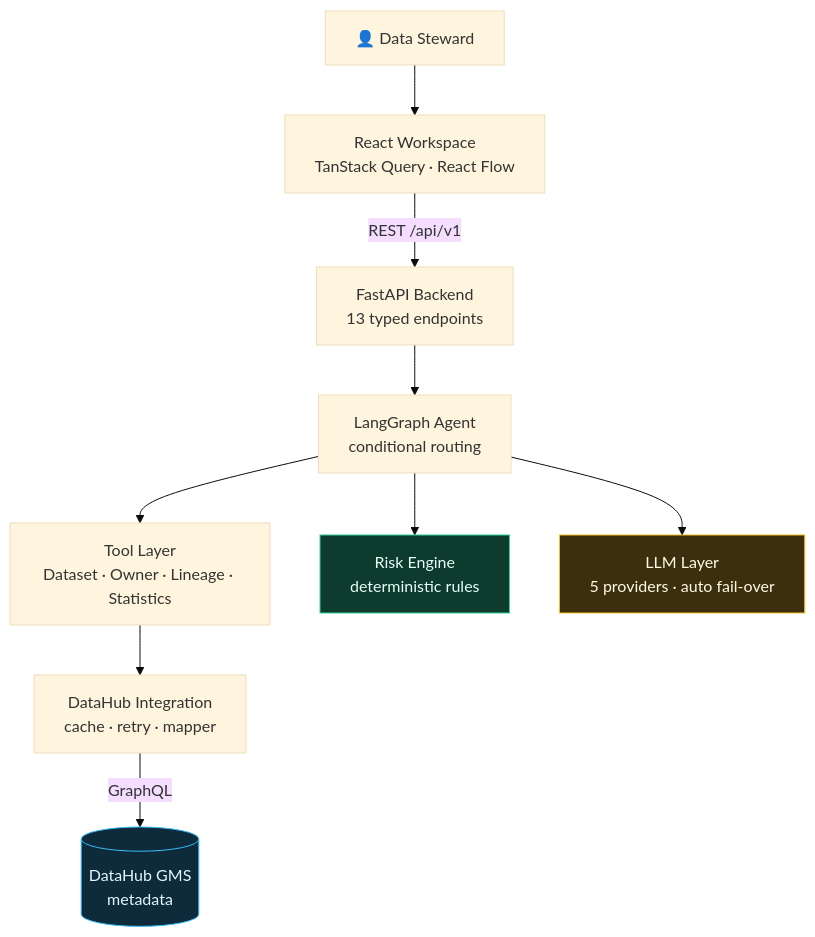
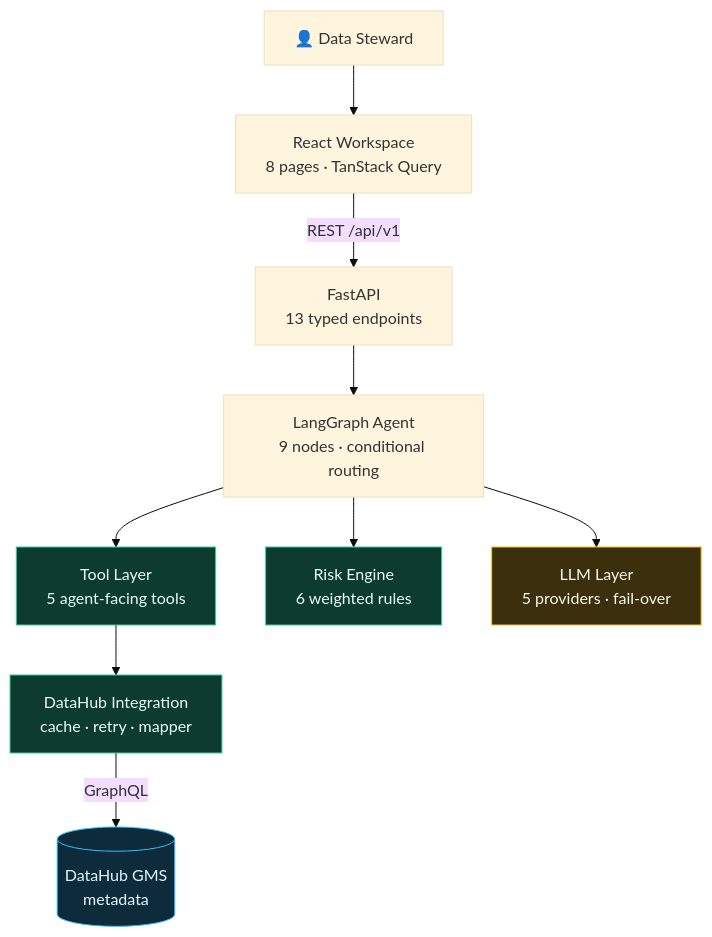
The first of 4 diagrams in README.md (anjaneyulu-01/DataGuardian-AI), drawn with Mermaid (base theme) before and after one commit. The commit also changed other lines of this file and 3 other files, not shown here.

````diff
--- a/README.md
+++ b/README.md
@@ -91,16 +259,17 @@
 ```mermaid
 graph TD
-    U["👤 Data Steward"] --> FE["React Workspace<br/>TanStack Query · React Flow"]
-    FE -->|"REST /api/v1"| BE["FastAPI Backend<br/>13 typed endpoints"]
-    BE --> AG["LangGraph Agent<br/>conditional routing"]
-    AG --> TL["Tool Layer<br/>Dataset · Owner · Lineage · Statistics"]
-    TL --> DH["DataHub Integration<br/>cache · retry · mapper"]
-    DH -->|GraphQL| MD[("DataHub GMS<br/>metadata")]
-
-    AG --> RE["Risk Engine<br/>deterministic rules"]
-    AG --> LLM["LLM Layer<br/>5 providers · auto fail-over"]
+    U["👤 Data Steward"] --> FE["React Workspace<br/>8 pages · TanStack Query"]
+    FE -->|"REST /api/v1"| BE["FastAPI<br/>13 typed endpoints"]
+    BE --> AG["LangGraph Agent<br/>9 nodes · conditional routing"]
+    AG --> TL["Tool Layer<br/>5 agent-facing tools"]
+    AG --> RE["Risk Engine<br/>6 weighted rules"]
+    AG --> LLM["LLM Layer<br/>5 providers · fail-over"]
+    TL --> DHI["DataHub Integration<br/>cache · retry · mapper"]
+    DHI -->|GraphQL| MD[("DataHub GMS<br/>metadata")]
 
     style RE fill:#0d3b2e,stroke:#34d399,color:#e6fff7
+    style TL fill:#0d3b2e,stroke:#34d399,color:#e6fff7
+    style DHI fill:#0d3b2e,stroke:#34d399,color:#e6fff7
     style LLM fill:#3b2f0d,stroke:#fbbf24,color:#fff9e6
     style MD fill:#0d2b3b,stroke:#38bdf8,color:#e6f7ff
 ```
````
